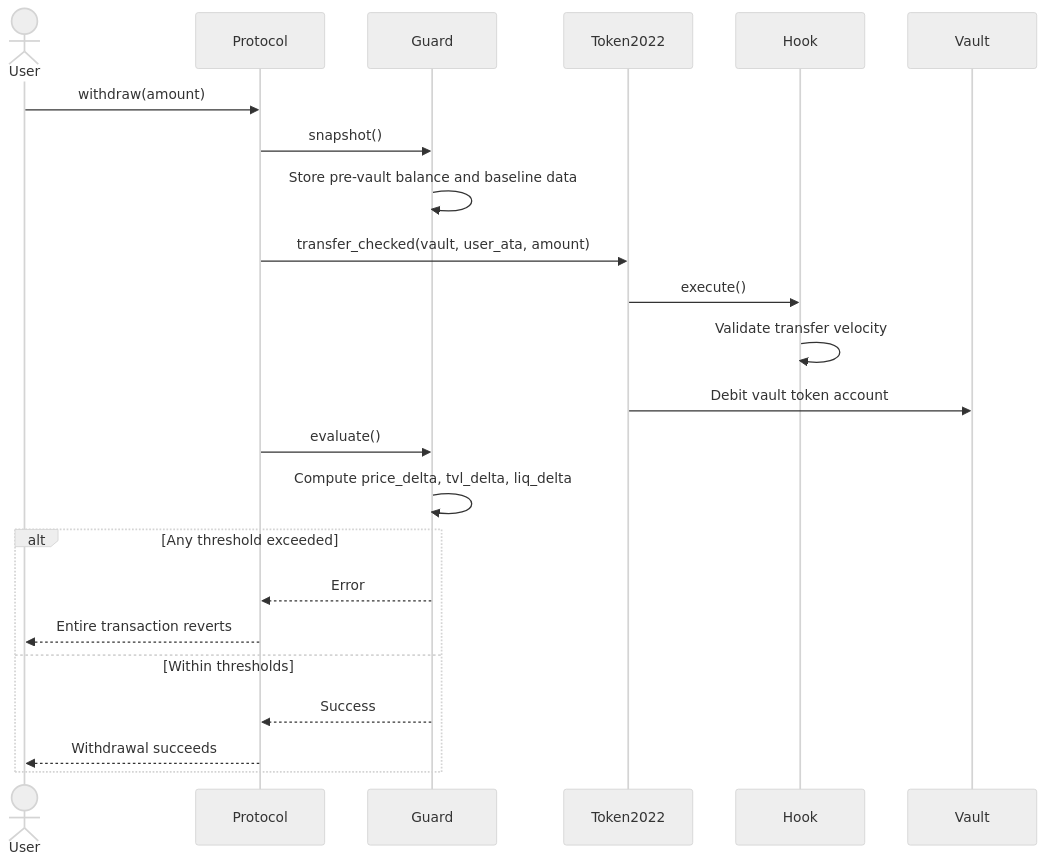
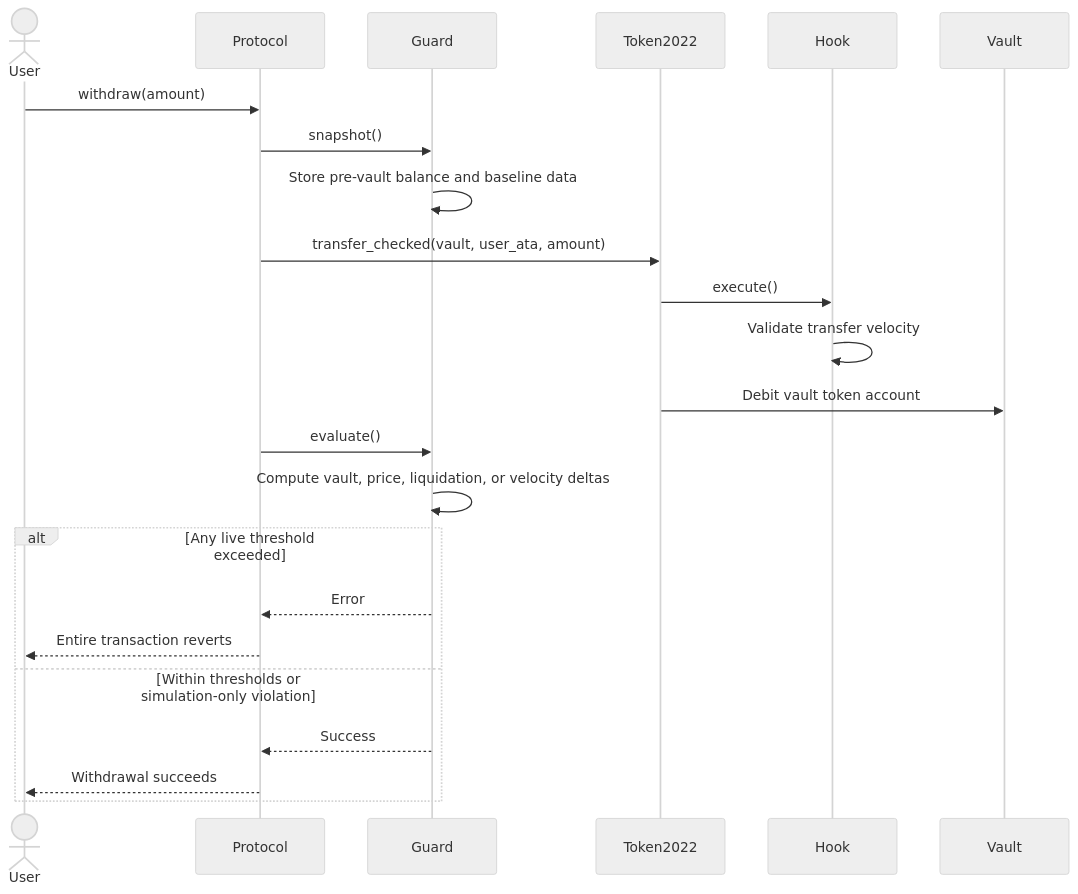
Before and after one commit to Pritam-deb/Aegis: the fifth of 6 diagrams in docs/ARCHITECTURE.md, drawn with Mermaid (neutral theme). The commit also changed other lines of this file, not shown here.

Commit message:
updated architecture

````diff
--- a/docs/ARCHITECTURE.md
+++ b/docs/ARCHITECTURE.md
@@ -308,27 +479,27 @@
 ```mermaid
 sequenceDiagram
     actor User
     participant Protocol
     participant Guard
     participant Token2022
     participant Hook
     participant Vault
 
     User->>Protocol: withdraw(amount)
     Protocol->>Guard: snapshot()
     Guard->>Guard: Store pre-vault balance and baseline data
     Protocol->>Token2022: transfer_checked(vault, user_ata, amount)
     Token2022->>Hook: execute()
     Hook->>Hook: Validate transfer velocity
     Token2022->>Vault: Debit vault token account
     Protocol->>Guard: evaluate()
-    Guard->>Guard: Compute price_delta, tvl_delta, liq_delta
+    Guard->>Guard: Compute vault, price, liquidation, or velocity deltas
 
-    alt Any threshold exceeded
+    alt Any live threshold exceeded
         Guard-->>Protocol: Error
         Protocol-->>User: Entire transaction reverts
-    else Within thresholds
+    else Within thresholds or simulation-only violation
         Guard-->>Protocol: Success
         Protocol-->>User: Withdrawal succeeds
     end
 ```
````
